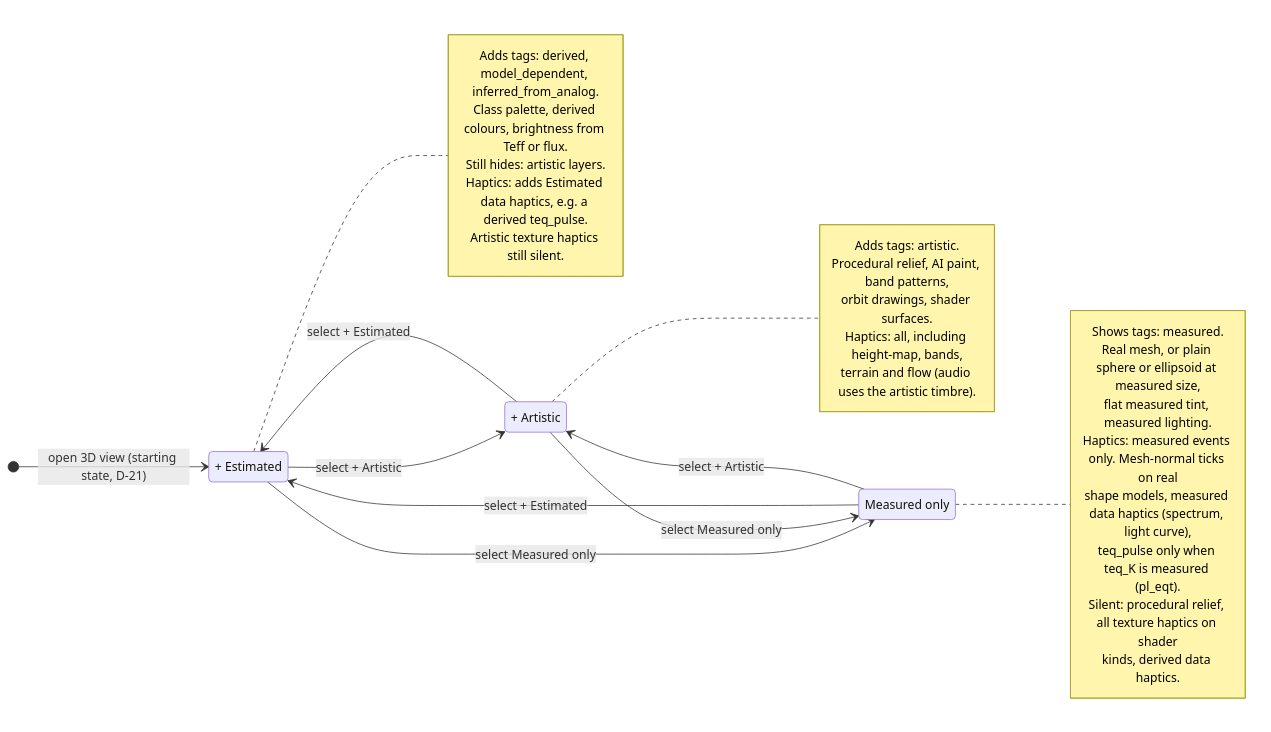
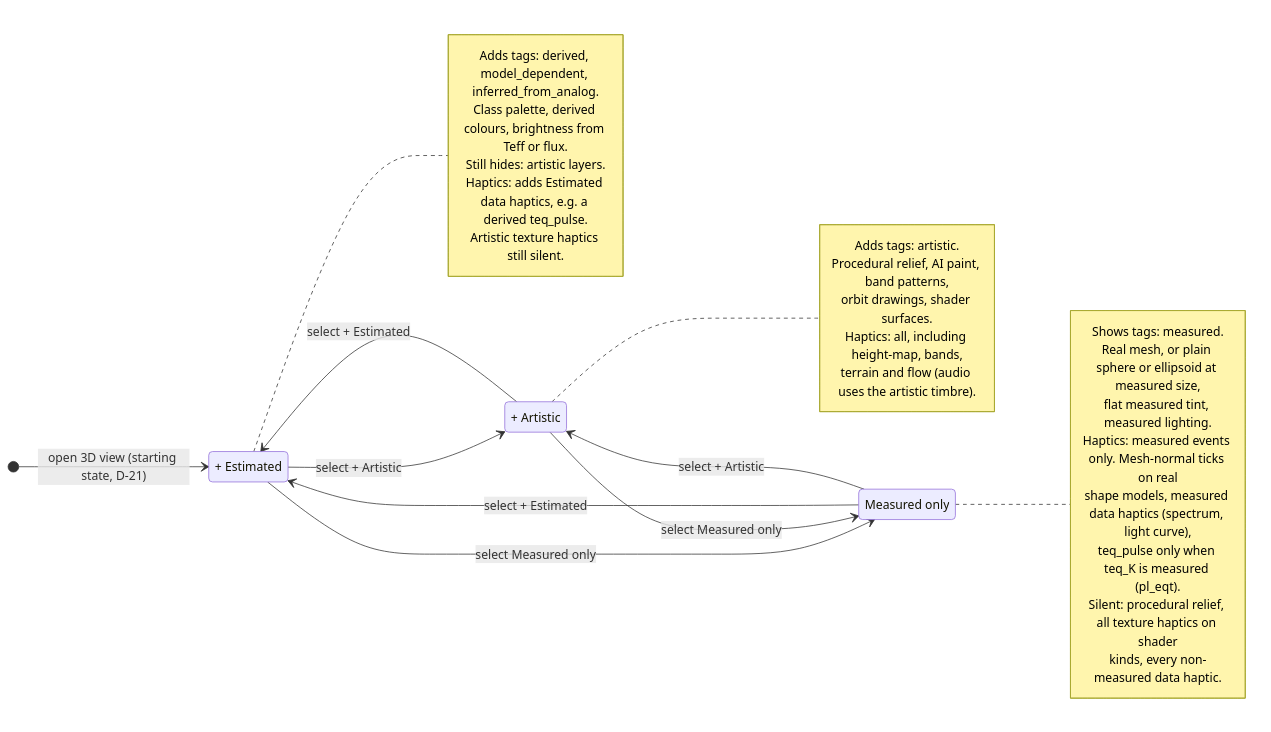
One commit to 0ffrian/SphereX changed the diagram in docs/uml/14-state-honesty.md. Above: the diagram before and after it, drawn with Mermaid. The commit also changed 15 other files, not shown here.

First line of the commit message:
Address PR #18 review: rgb type, honesty wording, fixtures, owners, UML

````diff
--- a/docs/uml/14-state-honesty.md
+++ b/docs/uml/14-state-honesty.md
@@ -5,43 +5,43 @@
 ```mermaid
 stateDiagram-v2
   direction LR
   [*] --> PlusEstimated : open 3D view (starting state, D-21)
 
   MeasuredOnly --> PlusEstimated : select + Estimated
   PlusEstimated --> PlusArtistic : select + Artistic
   PlusArtistic --> PlusEstimated : select + Estimated
   PlusEstimated --> MeasuredOnly : select Measured only
   MeasuredOnly --> PlusArtistic : select + Artistic
   PlusArtistic --> MeasuredOnly : select Measured only
 
   state "Measured only" as MeasuredOnly
   state "+ Estimated" as PlusEstimated
   state "+ Artistic" as PlusArtistic
 
   note right of MeasuredOnly
     Shows tags: measured.
     Real mesh, or plain sphere or ellipsoid at measured size,
     flat measured tint, measured lighting.
     Haptics: measured events only. Mesh-normal ticks on real
     shape models, measured data haptics (spectrum, light curve),
     teq_pulse only when teq_K is measured (pl_eqt).
     Silent: procedural relief, all texture haptics on shader
-    kinds, derived data haptics.
+    kinds, every non-measured data haptic.
   end note
 
   note right of PlusEstimated
     Adds tags: derived, model_dependent, inferred_from_analog.
     Class palette, derived colours, brightness from Teff or flux.
     Still hides: artistic layers.
     Haptics: adds Estimated data haptics, e.g. a derived teq_pulse.
     Artistic texture haptics still silent.
   end note
 
   note right of PlusArtistic
     Adds tags: artistic.
     Procedural relief, AI paint, band patterns,
     orbit drawings, shader surfaces.
     Haptics: all, including height-map, bands,
     terrain and flow (audio uses the artistic timbre).
   end note
 ```
````
